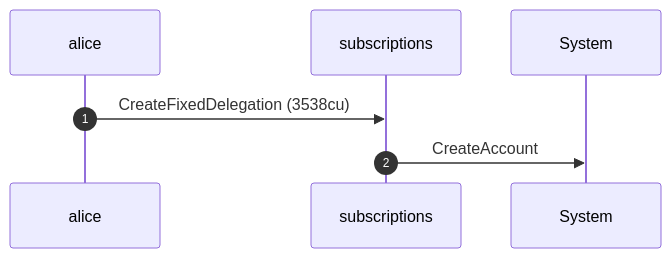
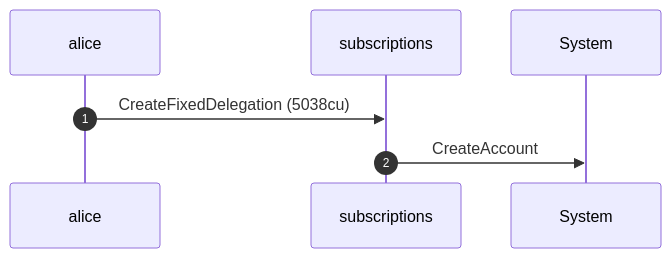
One commit to cds-rs/subscriptions changed the fifth of 8 diagrams in dsl_tests/fixed-transfer-by-the-wrong-signer-is-refused.md. Above: the diagram before and after it, drawn with Mermaid. The commit also changed other lines of this file and 224 other files, not shown here.

````diff
--- a/dsl_tests/fixed-transfer-by-the-wrong-signer-is-refused.md
+++ b/dsl_tests/fixed-transfer-by-the-wrong-signer-is-refused.md
@@ -104,9 +110,9 @@
 ```mermaid
 sequenceDiagram
     autonumber
     participant alice
     participant subscriptions
     participant System
-    alice ->> subscriptions: CreateFixedDelegation (3538cu)
+    alice ->> subscriptions: CreateFixedDelegation (5038cu)
     subscriptions ->> System: CreateAccount
 ```
````
